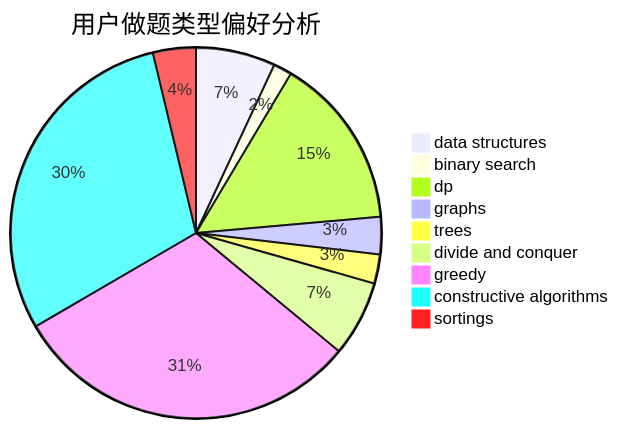
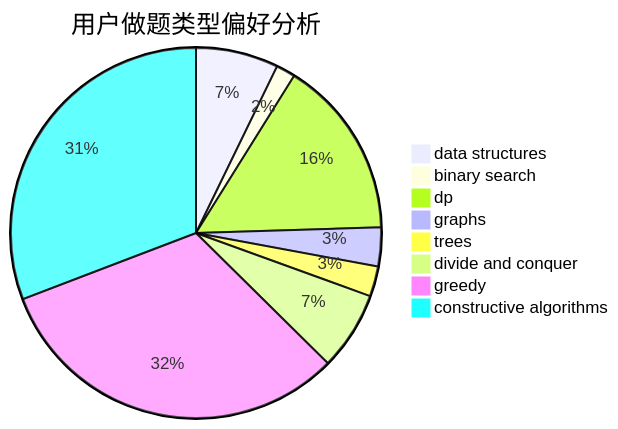
The second of 3 diagrams in docs/user/u471.md (sherpahu/cfrs.github.io), drawn with Mermaid before and after one commit. The commit also changed other lines of this file and 2769 other files, not shown here.

````diff
--- a/docs/user/u471.md
+++ b/docs/user/u471.md
@@ -18,12 +18,11 @@
 ```mermaid
 pie title 用户做题类型偏好分析
     "data structures" :  189
     "binary search" :  44
     "dp" :  410
     "graphs" :  89
     "trees" :  69
     "divide and conquer" :  180
     "greedy" :  834
     "constructive algorithms" :  808
-    "sortings" :  102
 ```
````
